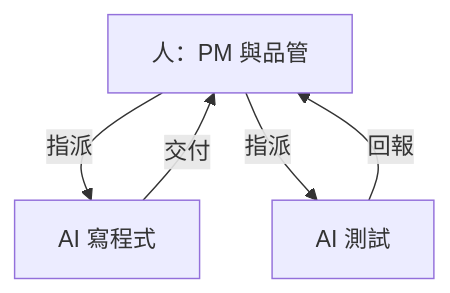
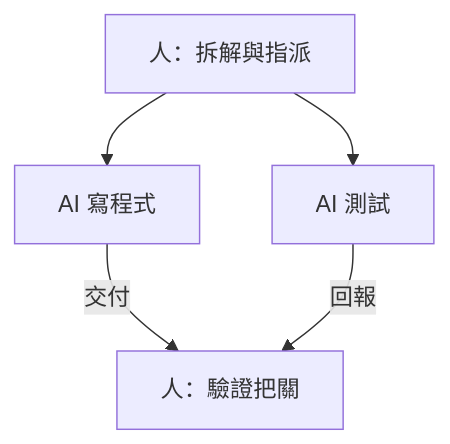
One commit to duncan-wen/dwen-cms changed the second of 2 diagrams in content/posts/ai-super-talent/index.mdx. Above: the diagram before and after it, drawn with Mermaid.

Commit message:
Untangle the PM and QA diagram in ai-super-talent
Claude-Session: https://claude.ai/code/session_01Xx9kjcyyEbyqLktDcAzN9K

````diff
--- a/content/posts/ai-super-talent/index.mdx
+++ b/content/posts/ai-super-talent/index.mdx
@@ -74,8 +74,8 @@
 ```mermaid
 flowchart TD
-  human[人：PM 與品管]
-  human -->|指派| coder[AI 寫程式]
-  human -->|指派| tester[AI 測試]
-  coder -->|交付| human
-  tester -->|回報| human
+  pm[人：拆解與指派]
+  pm --> coder[AI 寫程式]
+  pm --> tester[AI 測試]
+  coder -->|交付| qa[人：驗證把關]
+  tester -->|回報| qa
 ```
````
